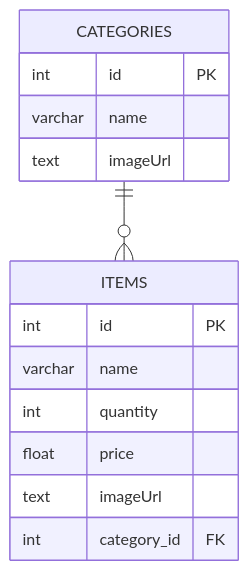
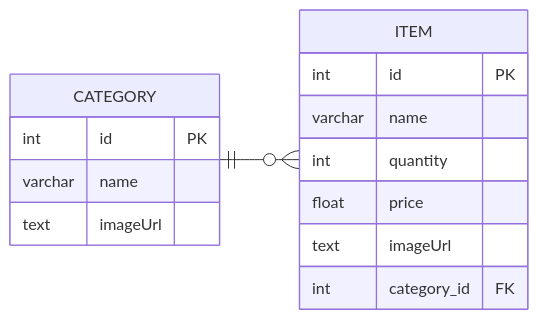
Before and after one commit to ernestviola/inventory-application: the second of 2 diagrams in README.md, drawn with Mermaid.

Commit message:
feat: Update DB table names
Switched from plural to singular since it makes naming easier.

````diff
--- a/README.md
+++ b/README.md
@@ -38,19 +38,20 @@
 ```mermaid
 erDiagram
-  CATEGORIES ||--o{ITEMS : ""
+  direction LR
+  CATEGORY ||--o{ITEM : ""
 
-  CATEGORIES {
+  CATEGORY {
     int id PK
     varchar name
     text imageUrl
   }
 
-  ITEMS {
+  ITEM {
     int id PK
     varchar name
     int quantity
     float price
     text imageUrl
     int category_id FK
   }
 ```
````
